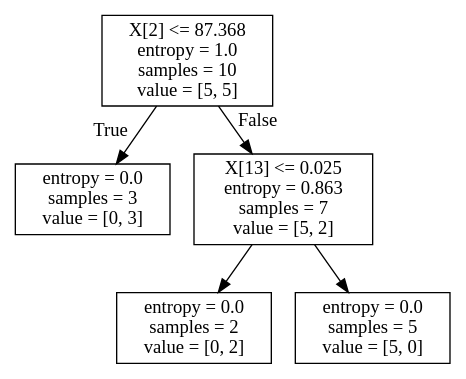
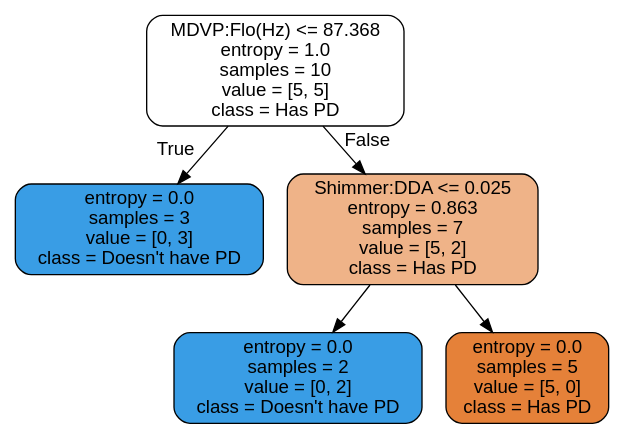
Before and after one commit to micknick1997/Machine-Learning-Homework: the diagram in hw2/testingTree.dot, drawn with Graphviz. The commit also changed 9 other files, not shown here.

```diff
--- a/hw2/testingTree.dot
+++ b/hw2/testingTree.dot
@@ -1,12 +1,13 @@
 digraph Tree {
-node [shape=box] ;
-0 [label="X[2] <= 87.368\nentropy = 1.0\nsamples = 10\nvalue = [5, 5]"] ;
-1 [label="entropy = 0.0\nsamples = 3\nvalue = [0, 3]"] ;
+node [shape=box, style="filled, rounded", color="black", fontname=helvetica] ;
+edge [fontname=helvetica] ;
+0 [label="MDVP:Flo(Hz) <= 87.368\nentropy = 1.0\nsamples = 10\nvalue = [5, 5]\nclass = Has PD", fillcolor="#e5813900"] ;
+1 [label="entropy = 0.0\nsamples = 3\nvalue = [0, 3]\nclass = Doesn't have PD", fillcolor="#399de5ff"] ;
 0 -> 1 [labeldistance=2.5, labelangle=45, headlabel="True"] ;
-2 [label="X[13] <= 0.025\nentropy = 0.863\nsamples = 7\nvalue = [5, 2]"] ;
+2 [label="Shimmer:DDA <= 0.025\nentropy = 0.863\nsamples = 7\nvalue = [5, 2]\nclass = Has PD", fillcolor="#e5813999"] ;
 0 -> 2 [labeldistance=2.5, labelangle=-45, headlabel="False"] ;
-3 [label="entropy = 0.0\nsamples = 2\nvalue = [0, 2]"] ;
+3 [label="entropy = 0.0\nsamples = 2\nvalue = [0, 2]\nclass = Doesn't have PD", fillcolor="#399de5ff"] ;
 2 -> 3 ;
-4 [label="entropy = 0.0\nsamples = 5\nvalue = [5, 0]"] ;
+4 [label="entropy = 0.0\nsamples = 5\nvalue = [5, 0]\nclass = Has PD", fillcolor="#e58139ff"] ;
 2 -> 4 ;
 }
```
